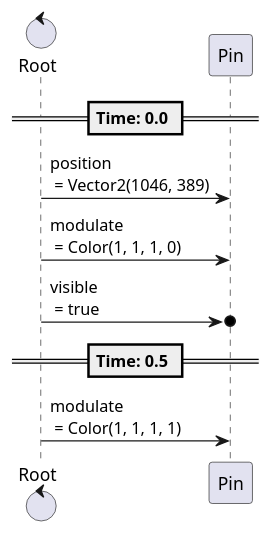
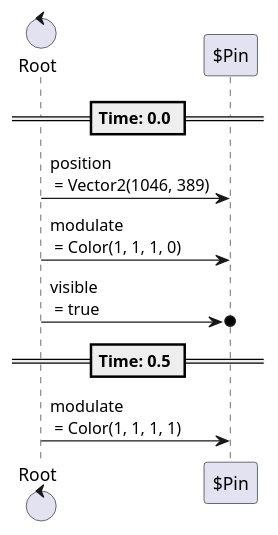
Before and after one commit to tkmfujise/Platformer-Game-Learning: the eighth of 24 diagrams in content/scenes/src/beginning/chapters/chapters.tscn.adoc, drawn with PlantUML. The commit also changed other lines of this file and 31 other files, not shown here.

Commit message:
Add prefix $ to node name in animation sequences

```diff
--- a/content/scenes/src/beginning/chapters/chapters.tscn.adoc
+++ b/content/scenes/src/beginning/chapters/chapters.tscn.adoc
@@ -465,16 +465,16 @@
 [plantuml]
 ....
-control "Root" as Root
-participant "Pin" as T0
+control "Root" as R
+participant "$Pin" as T0
 
 
 
 == Time: 0.0 ==
-Root  ->  T0 : position\n = Vector2(1046, 389)
-Root  ->  T0 : modulate\n = Color(1, 1, 1, 0)
-Root  ->o  T0 : visible\n = true
+R  ->  T0 : position\n = Vector2(1046, 389)
+R  ->  T0 : modulate\n = Color(1, 1, 1, 0)
+R  ->o  T0 : visible\n = true
 == Time: 0.5 ==
-Root  ->  T0 : modulate\n = Color(1, 1, 1, 1)
+R  ->  T0 : modulate\n = Color(1, 1, 1, 1)
 
 
 ....
```
